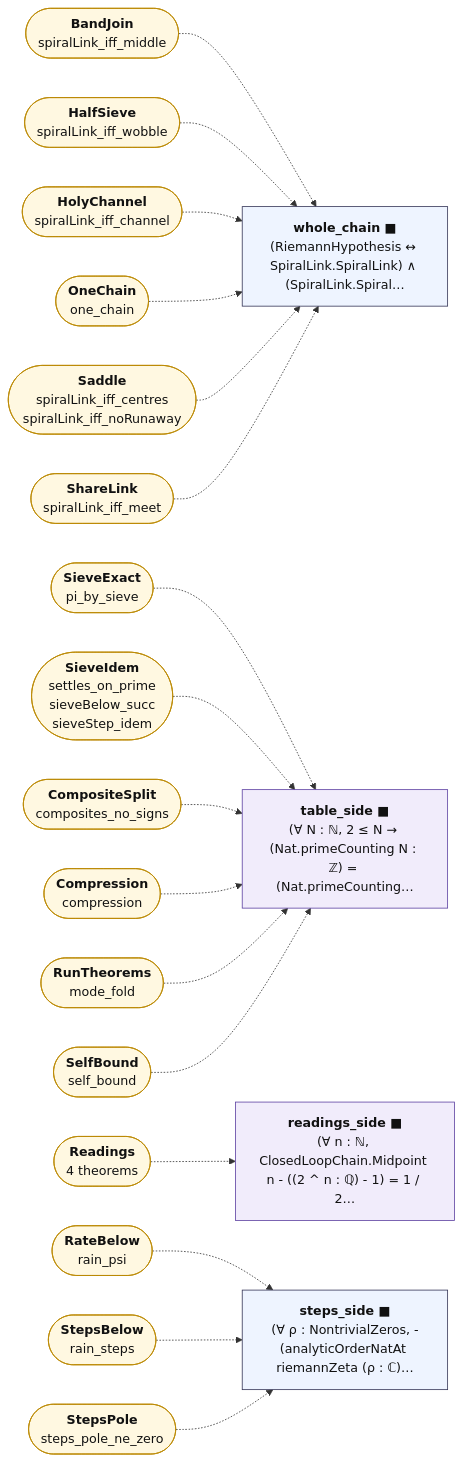
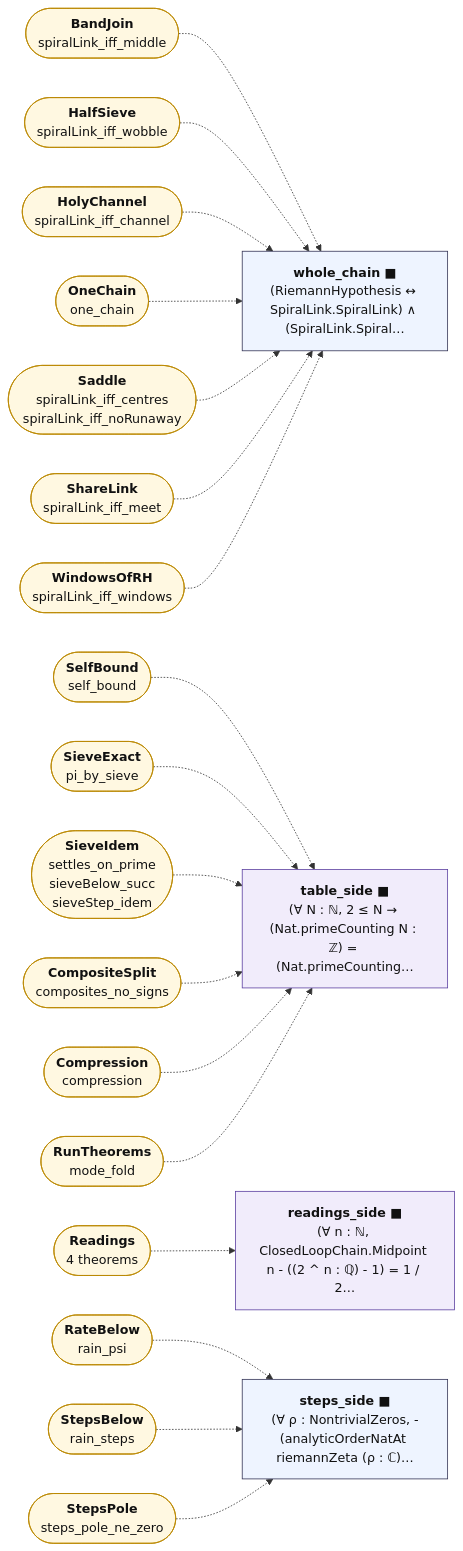
The diagram in map/lean_stage3/WholeChain.mmd (juliansambranojr/Primebeat_081426), drawn with Mermaid before and after one commit. The commit also changed 14 other files, not shown here.

First line of the commit message:
WholeChain names the window face: SpiralLink iff the window bound on G

```diff
--- a/map/lean_stage3/WholeChain.mmd
+++ b/map/lean_stage3/WholeChain.mmd
@@ -1,45 +1,47 @@
 flowchart LR
   n0["<b>whole_chain ■</b><br/>(RiemannHypothesis ↔ SpiralLink.SpiralLink) ∧ (SpiralLink.Spiral…"]:::thm
   n1["<b>table_side ■</b><br/>(∀ N : ℕ, 2 ≤ N → (Nat.primeCounting N : ℤ) = (Nat.primeCounting…"]:::shp
   n2["<b>readings_side ■</b><br/>(∀ n : ℕ, ClosedLoopChain.Midpoint n - ((2 ^ n : ℚ) - 1) = 1 / 2…"]:::shp
   n3["<b>steps_side ■</b><br/>(∀ ρ : NontrivialZeros, -(analyticOrderNatAt riemannZeta (ρ : ℂ)…"]:::thm
   x0(["<b>BandJoin</b><br/>spiralLink_iff_middle"]):::ext
   x1(["<b>HalfSieve</b><br/>spiralLink_iff_wobble"]):::ext
   x2(["<b>HolyChannel</b><br/>spiralLink_iff_channel"]):::ext
   x3(["<b>OneChain</b><br/>one_chain"]):::ext
   x4(["<b>Saddle</b><br/>spiralLink_iff_centres<br/>spiralLink_iff_noRunaway"]):::ext
   x5(["<b>ShareLink</b><br/>spiralLink_iff_meet"]):::ext
-  x6(["<b>CompositeSplit</b><br/>composites_no_signs"]):::ext
-  x7(["<b>Compression</b><br/>compression"]):::ext
-  x8(["<b>RunTheorems</b><br/>mode_fold"]):::ext
-  x9(["<b>SelfBound</b><br/>self_bound"]):::ext
-  x10(["<b>SieveExact</b><br/>pi_by_sieve"]):::ext
-  x11(["<b>SieveIdem</b><br/>settles_on_prime<br/>sieveBelow_succ<br/>sieveStep_idem"]):::ext
-  x12(["<b>Readings</b><br/>4 theorems"]):::ext
-  x13(["<b>RateBelow</b><br/>rain_psi"]):::ext
-  x14(["<b>StepsBelow</b><br/>rain_steps"]):::ext
-  x15(["<b>StepsPole</b><br/>steps_pole_ne_zero"]):::ext
+  x6(["<b>WindowsOfRH</b><br/>spiralLink_iff_windows"]):::ext
+  x7(["<b>CompositeSplit</b><br/>composites_no_signs"]):::ext
+  x8(["<b>Compression</b><br/>compression"]):::ext
+  x9(["<b>RunTheorems</b><br/>mode_fold"]):::ext
+  x10(["<b>SelfBound</b><br/>self_bound"]):::ext
+  x11(["<b>SieveExact</b><br/>pi_by_sieve"]):::ext
+  x12(["<b>SieveIdem</b><br/>settles_on_prime<br/>sieveBelow_succ<br/>sieveStep_idem"]):::ext
+  x13(["<b>Readings</b><br/>4 theorems"]):::ext
+  x14(["<b>RateBelow</b><br/>rain_psi"]):::ext
+  x15(["<b>StepsBelow</b><br/>rain_steps"]):::ext
+  x16(["<b>StepsPole</b><br/>steps_pole_ne_zero"]):::ext
   x0 -.-> n0
   x1 -.-> n0
   x10 -.-> n1
   x11 -.-> n1
-  x12 -.-> n2
-  x13 -.-> n3
+  x12 -.-> n1
+  x13 -.-> n2
   x14 -.-> n3
   x15 -.-> n3
+  x16 -.-> n3
   x2 -.-> n0
   x3 -.-> n0
   x4 -.-> n0
   x5 -.-> n0
-  x6 -.-> n1
+  x6 -.-> n0
   x7 -.-> n1
   x8 -.-> n1
   x9 -.-> n1
   classDef cnt fill:#dff5ec,stroke:#17694a,color:#111
   classDef shp fill:#f1ecfb,stroke:#5b3fa0,color:#111
   classDef rh fill:#ffe5e5,stroke:#c22,color:#111,stroke-width:2px
   classDef thm fill:#eef4ff,stroke:#335,color:#111
   classDef end_ fill:#e7f7e7,stroke:#2a7,color:#111,stroke-width:2px
   classDef lone fill:#fff,stroke:#999,color:#111,stroke-dasharray:4 3
   classDef bad fill:#ffe5e5,stroke:#c22,color:#111,stroke-width:2px
   classDef ext fill:#fff8e1,stroke:#b80,color:#111
```
